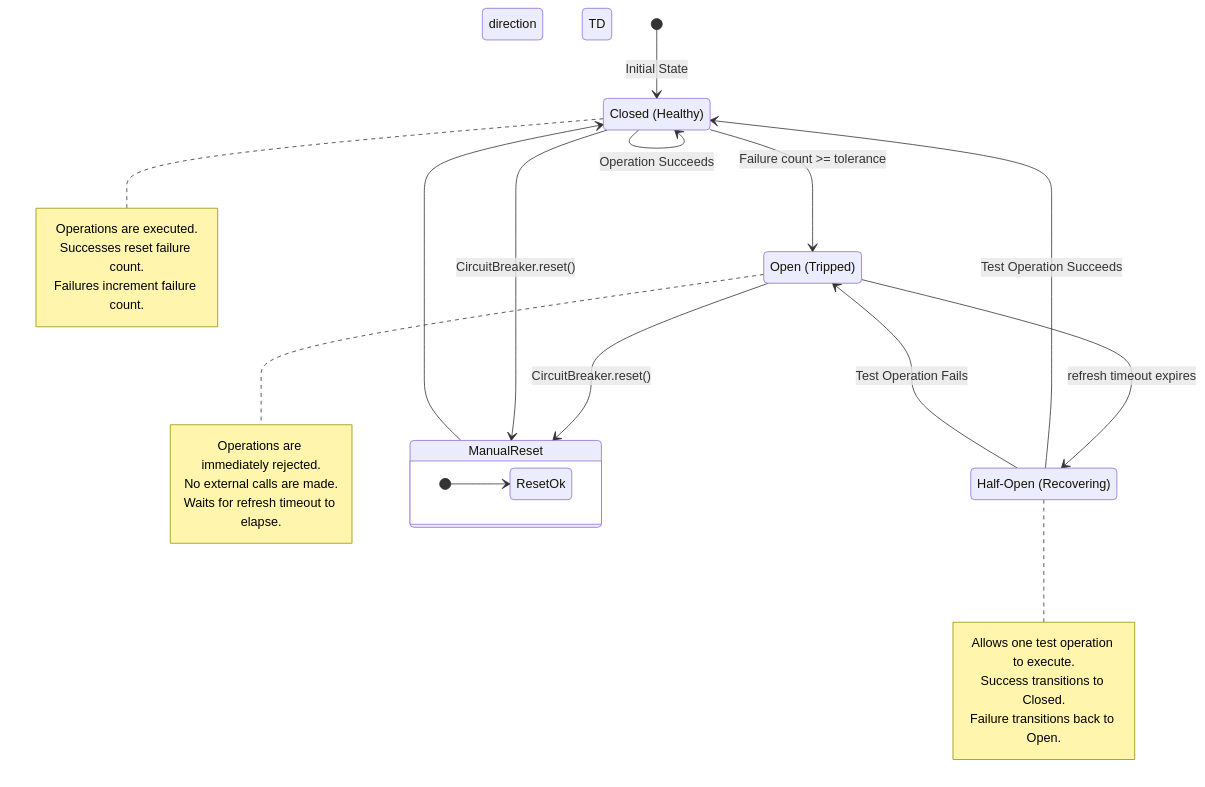
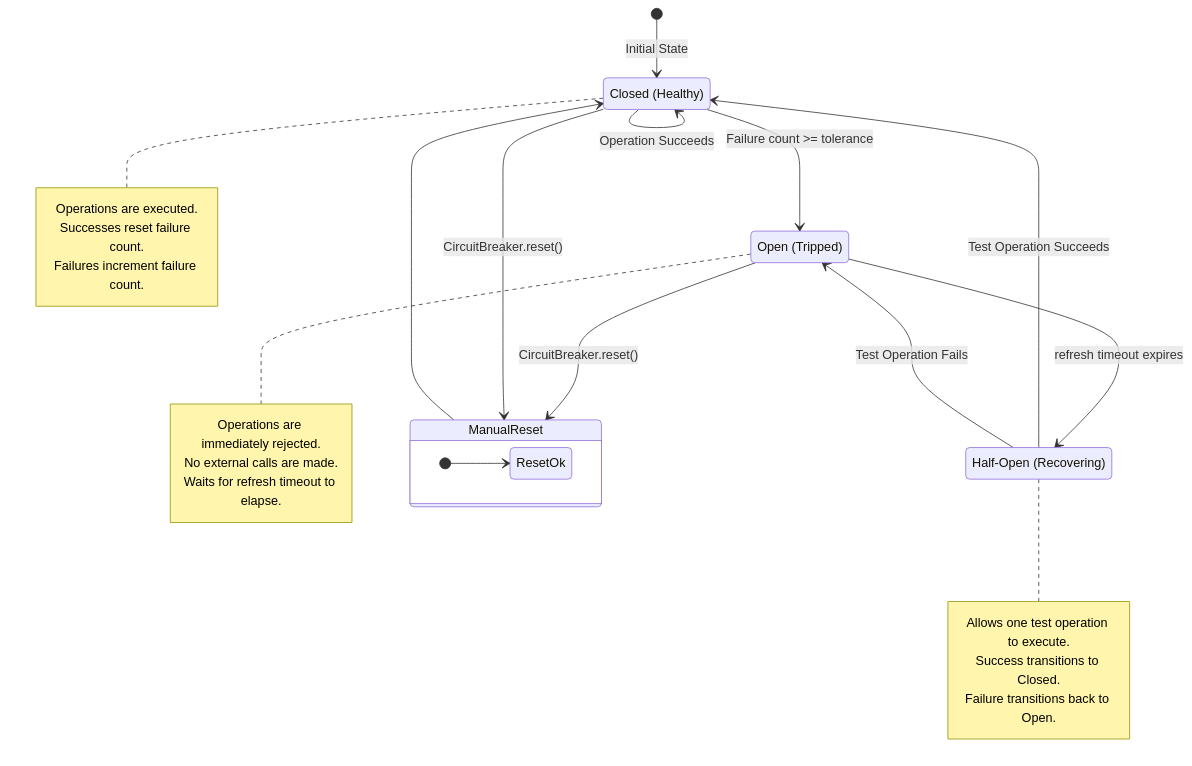
The tenth of 11 diagrams in docs/ARCH_DIAGS.md (nshkrdotcom/foundation), drawn with Mermaid before and after one commit. The commit also changed 12 other files, not shown here.

````diff
--- a/docs/ARCH_DIAGS.md
+++ b/docs/ARCH_DIAGS.md
@@ -481,45 +481,43 @@
 ```mermaid
 stateDiagram-v2
-    direction TD
-    
     ClosedHealthy : Closed (Healthy)
     OpenTripped : Open (Tripped)
     HalfOpenRecovering : Half-Open (Recovering)
     
     note right of ClosedHealthy
         Operations are executed.
         Successes reset failure count.
         Failures increment failure count.
     end note
     
     note right of OpenTripped
         Operations are immediately rejected.
         No external calls are made.
         Waits for refresh timeout to elapse.
     end note
 
     note right of HalfOpenRecovering
         Allows one test operation to execute.
         Success transitions to Closed.
         Failure transitions back to Open.
     end note
     
     state ManualReset {
         direction LR
         [*] --> ResetOk
     }
     
     [*] --> ClosedHealthy: Initial State
 
     ClosedHealthy --> ClosedHealthy: Operation Succeeds
     ClosedHealthy --> OpenTripped: Failure count >= tolerance
     
     OpenTripped --> HalfOpenRecovering: refresh timeout expires
     
     HalfOpenRecovering --> ClosedHealthy: Test Operation Succeeds
     HalfOpenRecovering --> OpenTripped: Test Operation Fails
 
     OpenTripped --> ManualReset: CircuitBreaker.reset()
     ClosedHealthy --> ManualReset: CircuitBreaker.reset()
     ManualReset --> ClosedHealthy
 ```
````
